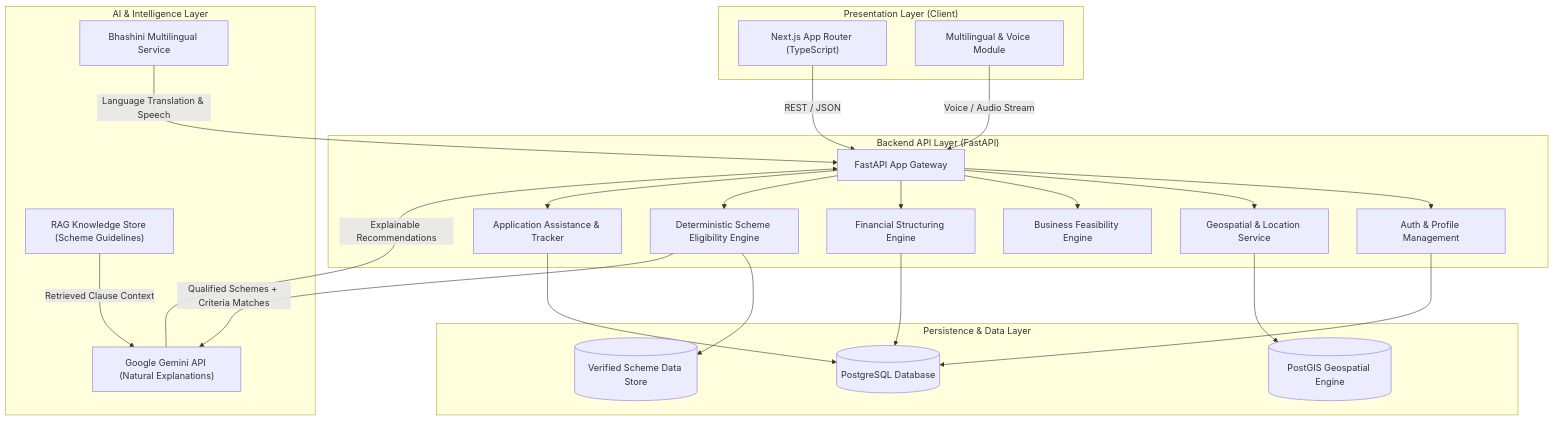
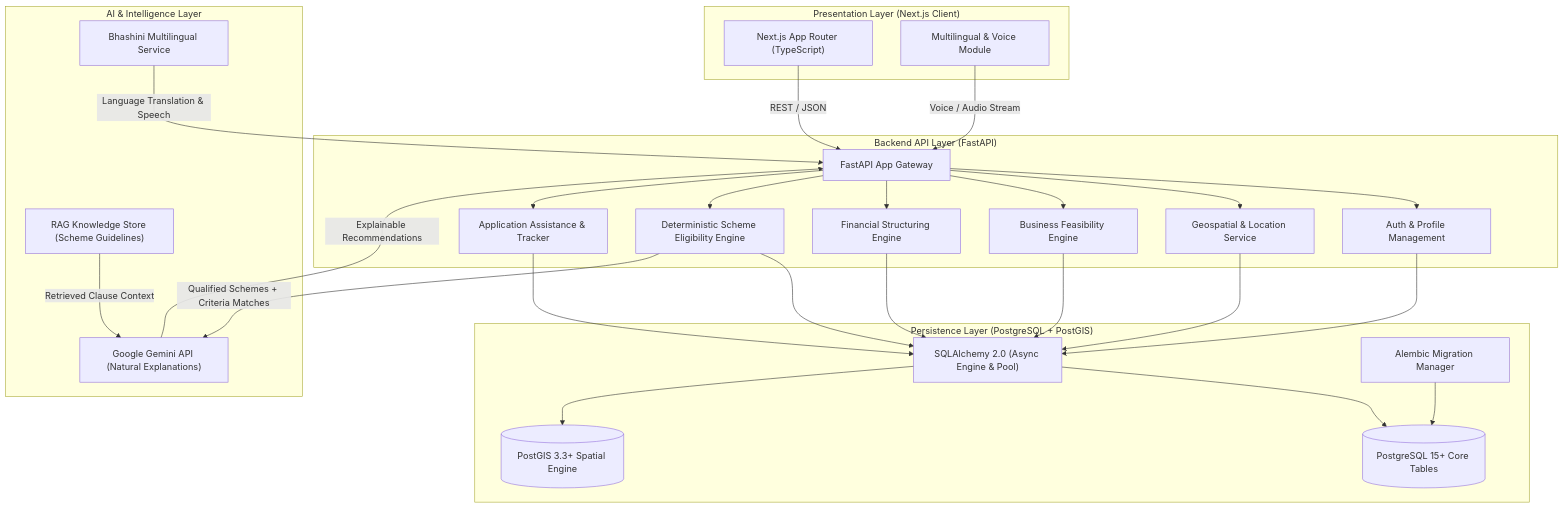
One commit to lakshika-tyagi/VittMitra changed the diagram in docs/architecture.md. Above: the diagram before and after it, drawn with Mermaid. The commit also changed other lines of this file and 20 other files, not shown here.

Commit message:
feat(database): establish PostgreSQL and PostGIS foundation

````diff
--- a/docs/architecture.md
+++ b/docs/architecture.md
@@ -7,49 +7,55 @@
 ```mermaid
 flowchart TD
-    subgraph Client["Presentation Layer (Client)"]
+    subgraph Client["Presentation Layer (Next.js Client)"]
         UI["Next.js App Router (TypeScript)"]
         VoiceUI["Multilingual & Voice Module"]
     end
 
     subgraph API["Backend API Layer (FastAPI)"]
         Gateway["FastAPI App Gateway"]
         AuthSvc["Auth & Profile Management"]
         GeoSvc["Geospatial & Location Service"]
         BizSvc["Business Feasibility Engine"]
         FinSvc["Financial Structuring Engine"]
         RuleEngine["Deterministic Scheme Eligibility Engine"]
         AppSvc["Application Assistance & Tracker"]
     end
 
+    subgraph Database["Persistence Layer (PostgreSQL + PostGIS)"]
+        DBSession["SQLAlchemy 2.0 (Async Engine & Pool)"]
+        AlembicMgr["Alembic Migration Manager"]
+        PostgresDB[("PostgreSQL 15+ Core Tables")]
+        PostGISSpatial[("PostGIS 3.3+ Spatial Engine")]
+    end
+
     subgraph Intelligence["AI & Intelligence Layer"]
         GeminiLLM["Google Gemini API (Natural Explanations)"]
         VectorDB["RAG Knowledge Store (Scheme Guidelines)"]
         Bhashini["Bhashini Multilingual Service"]
-    end
-
-    subgraph Storage["Persistence & Data Layer"]
-        Postgres[("PostgreSQL Database")]
-        PostGIS[("PostGIS Geospatial Engine")]
-        RawData[("Verified Scheme Data Store")]
     end
 
     UI -->|REST / JSON| Gateway
     VoiceUI -->|Voice / Audio Stream| Gateway
     Gateway --> AuthSvc
     Gateway --> GeoSvc
     Gateway --> BizSvc
     Gateway --> FinSvc
     Gateway --> RuleEngine
     Gateway --> AppSvc
 
-    RuleEngine --> RawData
-    GeoSvc --> PostGIS
-    AuthSvc --> Postgres
-    AppSvc --> Postgres
-    FinSvc --> Postgres
+    AuthSvc --> DBSession
+    GeoSvc --> DBSession
+    BizSvc --> DBSession
+    FinSvc --> DBSession
+    RuleEngine --> DBSession
+    AppSvc --> DBSession
+
+    DBSession --> PostgresDB
+    DBSession --> PostGISSpatial
+    AlembicMgr --> PostgresDB
 
     RuleEngine -->|Qualified Schemes + Criteria Matches| GeminiLLM
     VectorDB -->|Retrieved Clause Context| GeminiLLM
     GeminiLLM -->|Explainable Recommendations| Gateway
     Bhashini -->|Language Translation & Speech| Gateway
 ```
````
